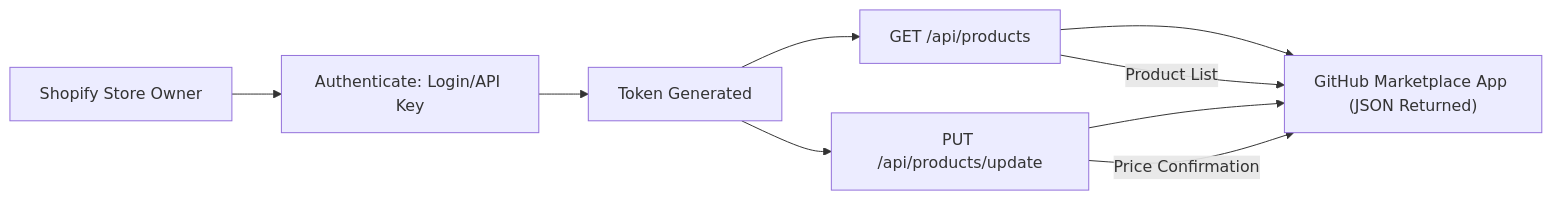
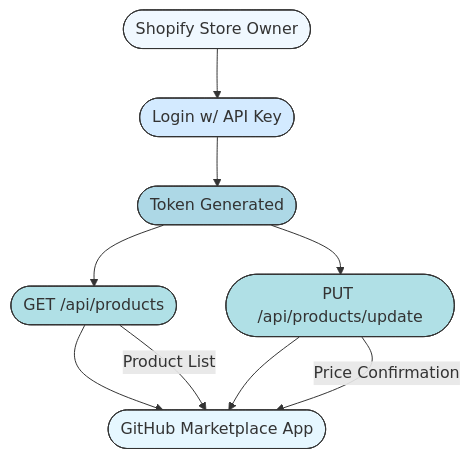
The diagram in README.md (emcdo411/shopify-api-test-plan), drawn with Mermaid before and after one commit. The commit also changed other lines of this file, not shown here.

````diff
--- a/README.md
+++ b/README.md
@@ -23,11 +23,17 @@
 ```mermaid
-flowchart LR
-  A["Shopify Store Owner"] --> B["Authenticate: Login/API Key"]
-  B --> C["Token Generated"]
-  C --> D["GET /api/products"]
-  C --> E["PUT /api/products/update"]
-  D --> F["GitHub Marketplace App (JSON Returned)"]
+flowchart TD
+  A(["Shopify Store Owner"]) --> B(["Login w/ API Key"])
+  B --> C(["Token Generated"])
+  C --> D(["GET /api/products"])
+  C --> E(["PUT /api/products/update"])
+  D --> F(["GitHub Marketplace App"])
   E --> F
+  style A fill:#f0f8ff,stroke:#333,stroke-width:1px
+  style B fill:#d3eaff,stroke:#333,stroke-width:1px
+  style C fill:#add8e6,stroke:#333,stroke-width:1px
+  style D fill:#b0e0e6,stroke:#333,stroke-width:1px
+  style E fill:#b0e0e6,stroke:#333,stroke-width:1px
+  style F fill:#e6f7ff,stroke:#333,stroke-width:1px
   D -->|"Product List"| F
   E -->|"Price Confirmation"| F
 ```
````
